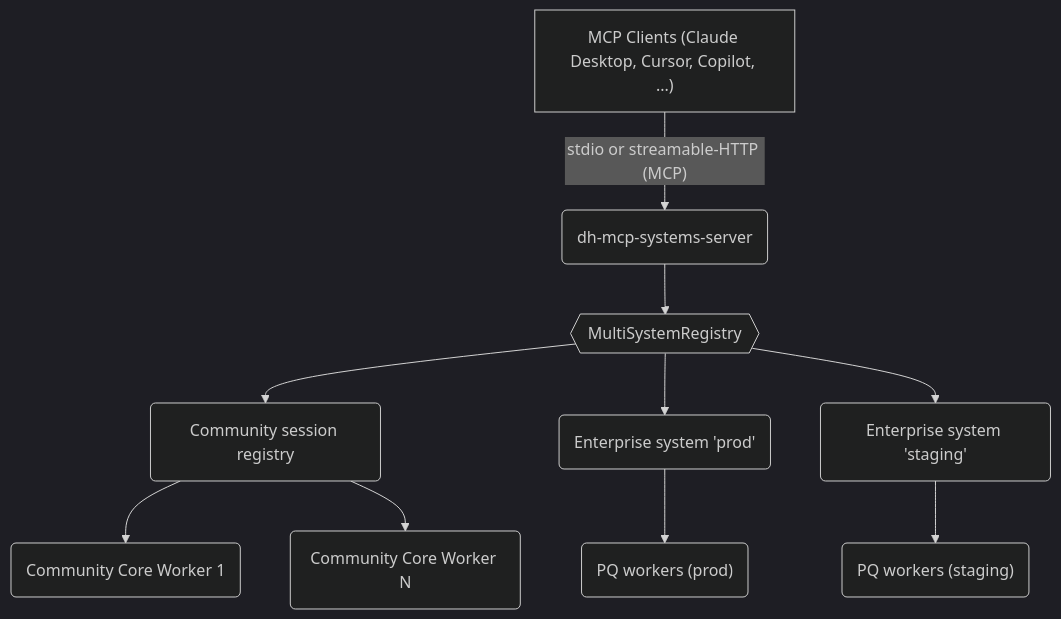
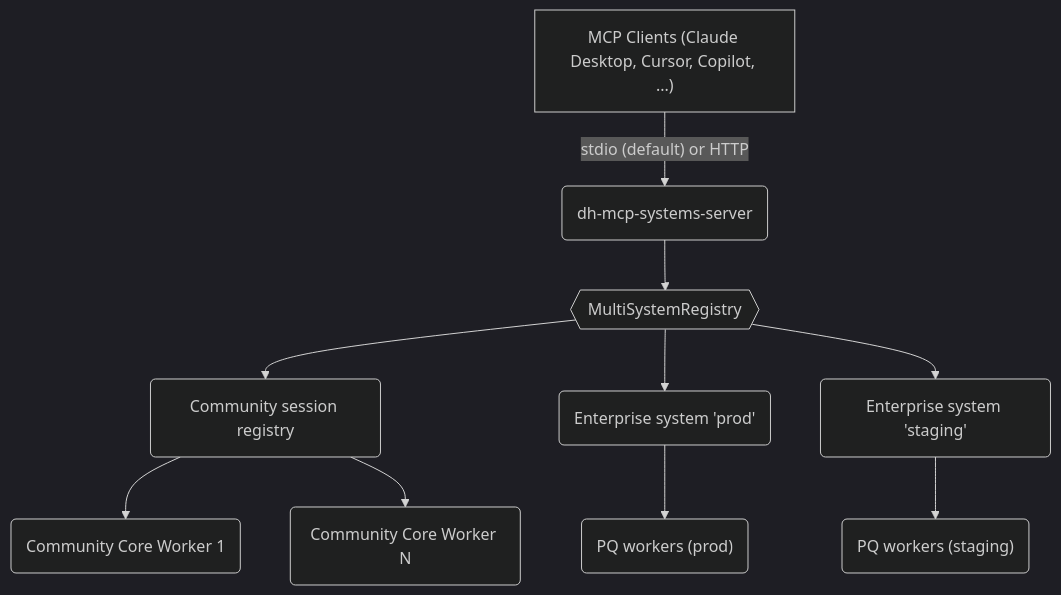
Before and after one commit to deephaven/deephaven-mcp: the first of 2 diagrams in README.md, drawn with Mermaid (dark theme). The commit also changed other lines of this file and 18 other files, not shown here.

````diff
--- a/README.md
+++ b/README.md
@@ -560,12 +525,12 @@
 ```mermaid
 graph TD
-    A["MCP Clients (Claude Desktop, Cursor, Copilot, ...)"] --"stdio or streamable-HTTP (MCP)"--> S("dh-mcp-systems-server")
+    A["MCP Clients (Claude Desktop, Cursor, Copilot, ...)"] --"stdio (default) or HTTP"--> S("dh-mcp-systems-server")
     S --> R{{"MultiSystemRegistry"}}
     R --> C("Community session registry")
     R --> E1("Enterprise system 'prod'")
     R --> E2("Enterprise system 'staging'")
     C --> CW1("Community Core Worker 1")
     C --> CW2("Community Core Worker N")
     E1 --> EP("PQ workers (prod)")
     E2 --> ES("PQ workers (staging)")
 ```
````
